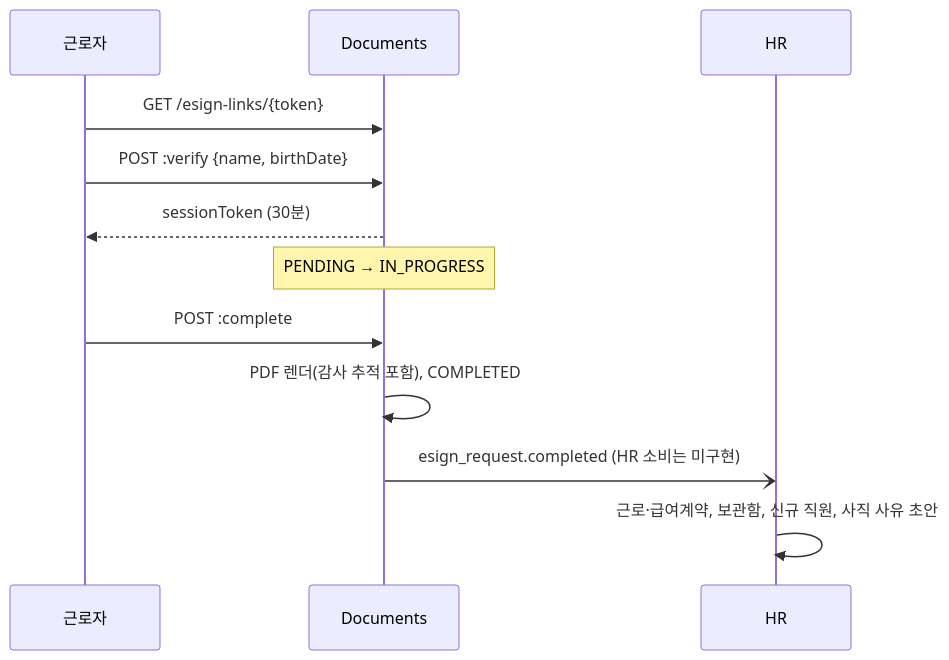
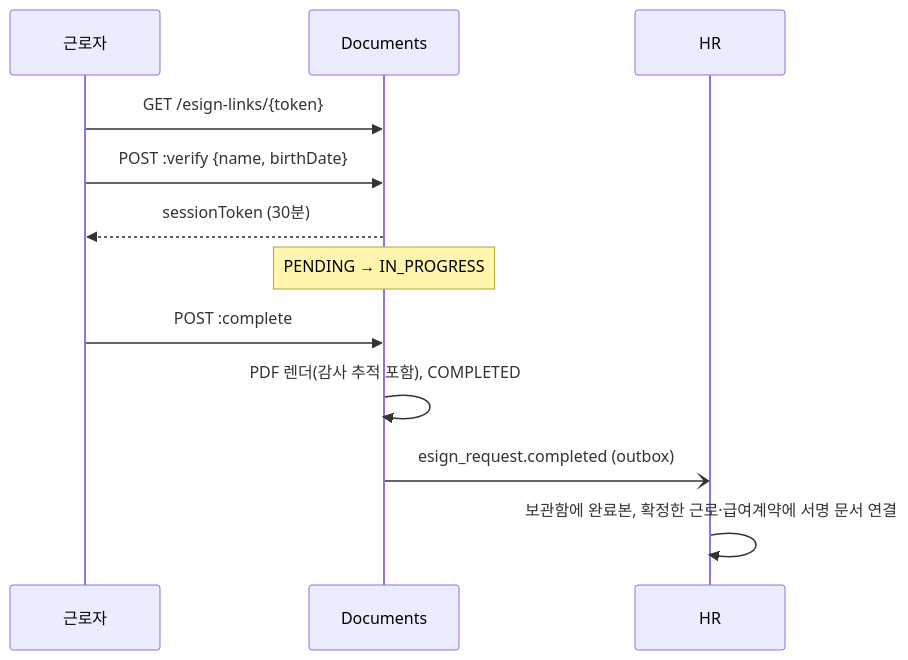
One commit to cbcruk/semu changed the second of 3 diagrams in docs/design/documents.md. Above: the diagram before and after it, drawn with Mermaid. The commit also changed other lines of this file and 27 other files, not shown here.

First line of the commit message:
feat(hr): 전자서명 완료를 문서 보관함과 계약에 반영 — outbox 채널 esign_request->hr

````diff
--- a/docs/design/documents.md
+++ b/docs/design/documents.md
@@ -139,14 +139,14 @@
 ```mermaid
 sequenceDiagram
   participant W as 근로자
   participant D as Documents
   participant H as HR
   W->>D: GET /esign-links/{token}
   W->>D: POST :verify {name, birthDate}
   D-->>W: sessionToken (30분)
   Note over D: PENDING → IN_PROGRESS
   W->>D: POST :complete
   D->>D: PDF 렌더(감사 추적 포함), COMPLETED
-  D-)H: esign_request.completed (HR 소비는 미구현)
-  H->>H: 근로·급여계약, 보관함, 신규 직원, 사직 사유 초안
+  D-)H: esign_request.completed (outbox)
+  H->>H: 보관함에 완료본, 확정한 근로·급여계약에 서명 문서 연결
 ```
````
